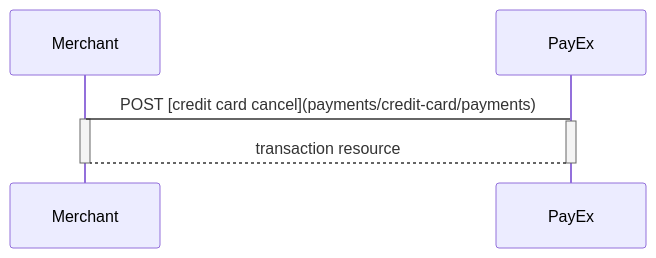
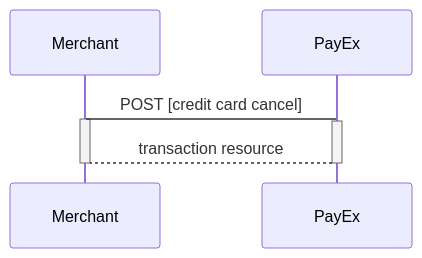
Before and after one commit to SwedbankPay/developer.swedbankpay.com: the sixth of 10 diagrams in payments/credit-card/after-payment.md, drawn with Mermaid. The commit also changed other lines of this file, not shown here.

Commit message:
DX-266 fixed tables and, removed links in Mermaid diagrams, and fixing links

````diff
--- a/payments/credit-card/after-payment.md
+++ b/payments/credit-card/after-payment.md
@@ -654,9 +649,9 @@
 ```mermaid
 sequenceDiagram
-  Merchant->PayEx: POST [credit card cancel](payments/credit-card/payments)
+  Merchant->PayEx: POST [credit card cancel]
   Activate Merchant
   Activate PayEx
   PayEx-->Merchant: transaction resource
   Deactivate PayEx
   Deactivate Merchant
 ```
````
